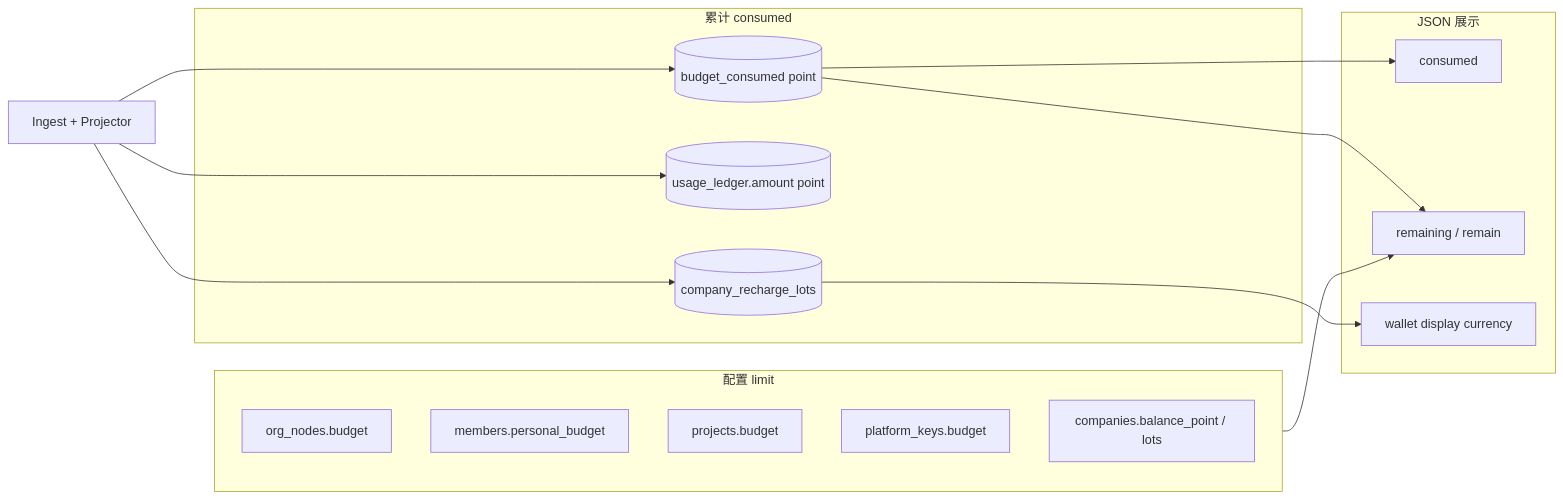
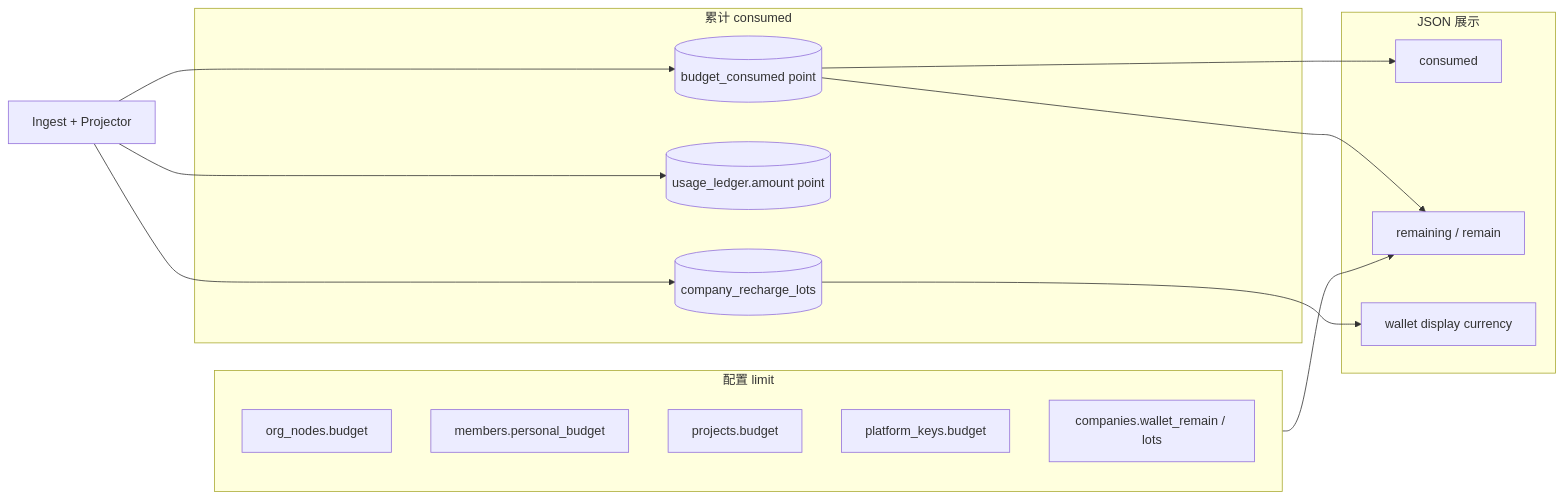
One commit to quyip8818/mytokenjoy changed the seventh of 7 diagrams in docs/Backend-存储架构.md. Above: the diagram before and after it, drawn with Mermaid. The commit also changed other lines of this file and 12 other files, not shown here.

````diff
--- a/docs/Backend-存储架构.md
+++ b/docs/Backend-存储架构.md
@@ -250,28 +250,28 @@
 ```mermaid
 flowchart LR
   subgraph assign [配置 limit]
     OB[org_nodes.budget]
     PQ[members.personal_budget]
     PRJ[projects.budget]
     PKQ[platform_keys.budget]
-    WAL[companies.balance_point / lots]
+    WAL[companies.wallet_remain / lots]
   end
 
   subgraph spend [累计 consumed]
     BS[(budget_consumed point)]
     UL[(usage_ledger.amount point)]
     LOT[(company_recharge_lots)]
   end
 
   subgraph api [JSON 展示]
     C[consumed]
     R[remaining / remain]
     W[wallet display currency]
   end
 
   ING[Ingest + Projector] --> BS & UL & LOT
   BS --> C
   assign --> R
   BS --> R
   LOT --> W
 ```
````
